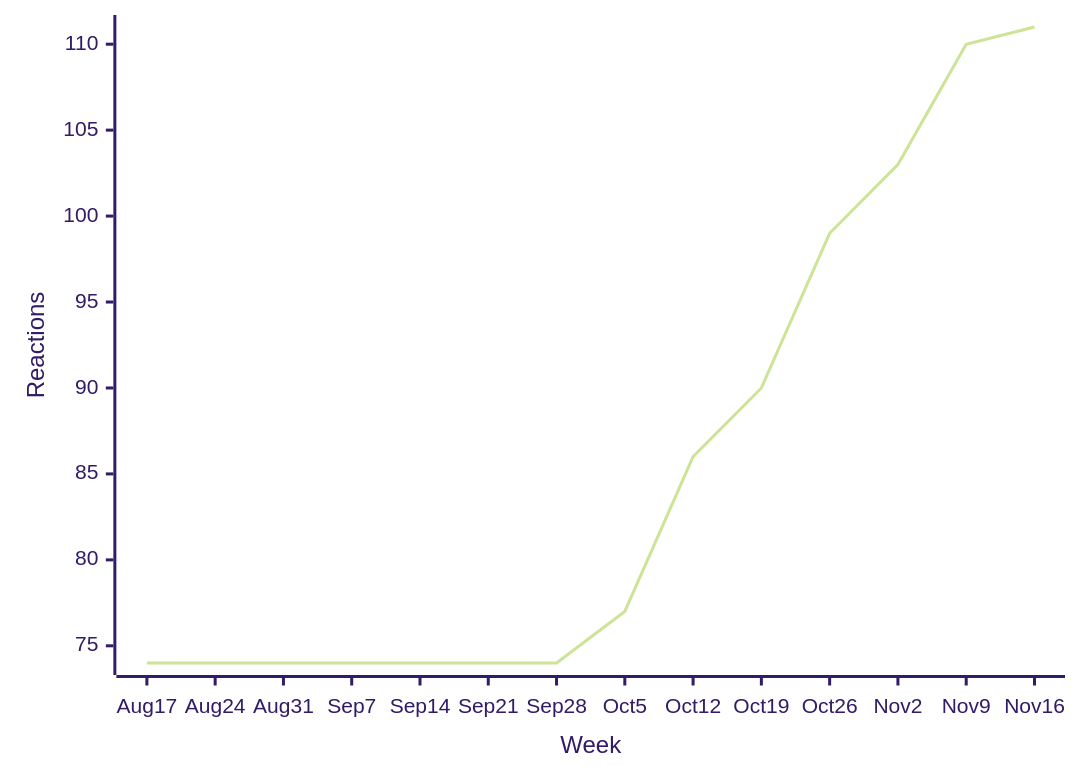
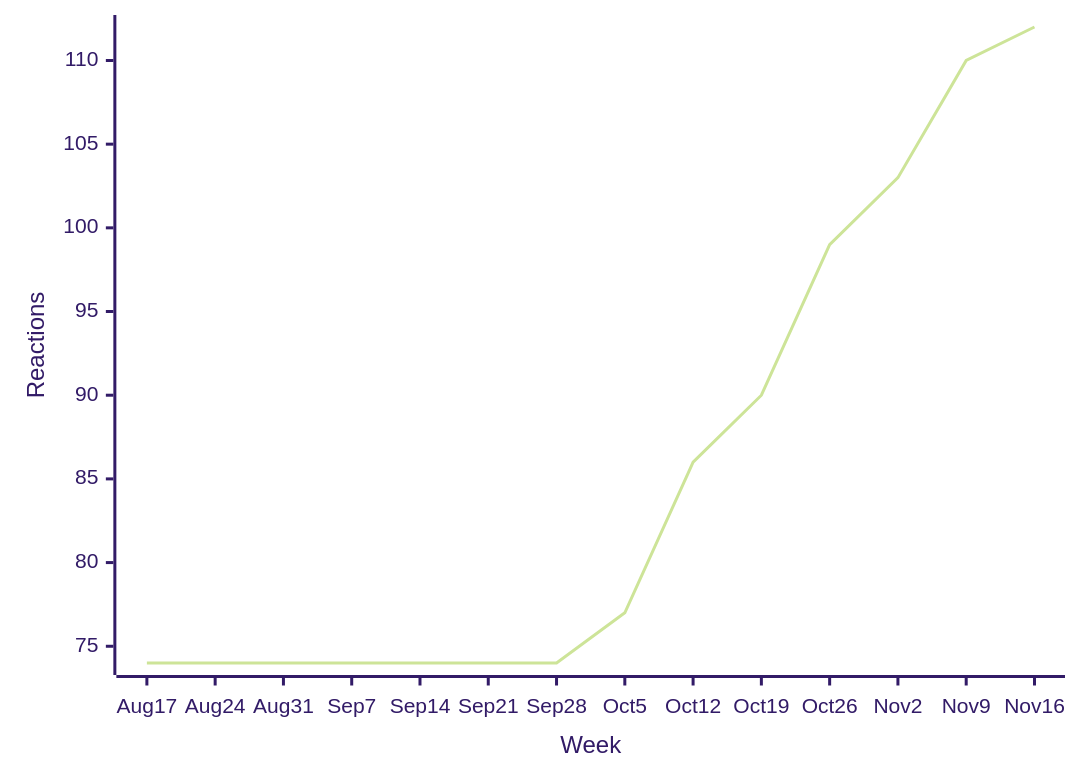
One commit to loic-sharma/github-insights changed the first of 38 diagrams in README.md. Above: the diagram before and after it, drawn with Mermaid (forest theme). The commit also changed other lines of this file and 1 other file, not shown here.

````diff
--- a/README.md
+++ b/README.md
@@ -324,6 +324,6 @@
   ```mermaid
   xychart-beta
     x-axis "Week" [Aug 17, Aug 24, Aug 31, Sep 7, Sep 14, Sep 21, Sep 28, Oct 5, Oct 12, Oct 19, Oct 26, Nov 2, Nov 9, Nov 16]
     y-axis "Reactions"
-    line [74, 74, 74, 74, 74, 74, 74, 77, 86, 90, 99, 103, 110, 111]
+    line [74, 74, 74, 74, 74, 74, 74, 77, 86, 90, 99, 103, 110, 112]
   ```
````
